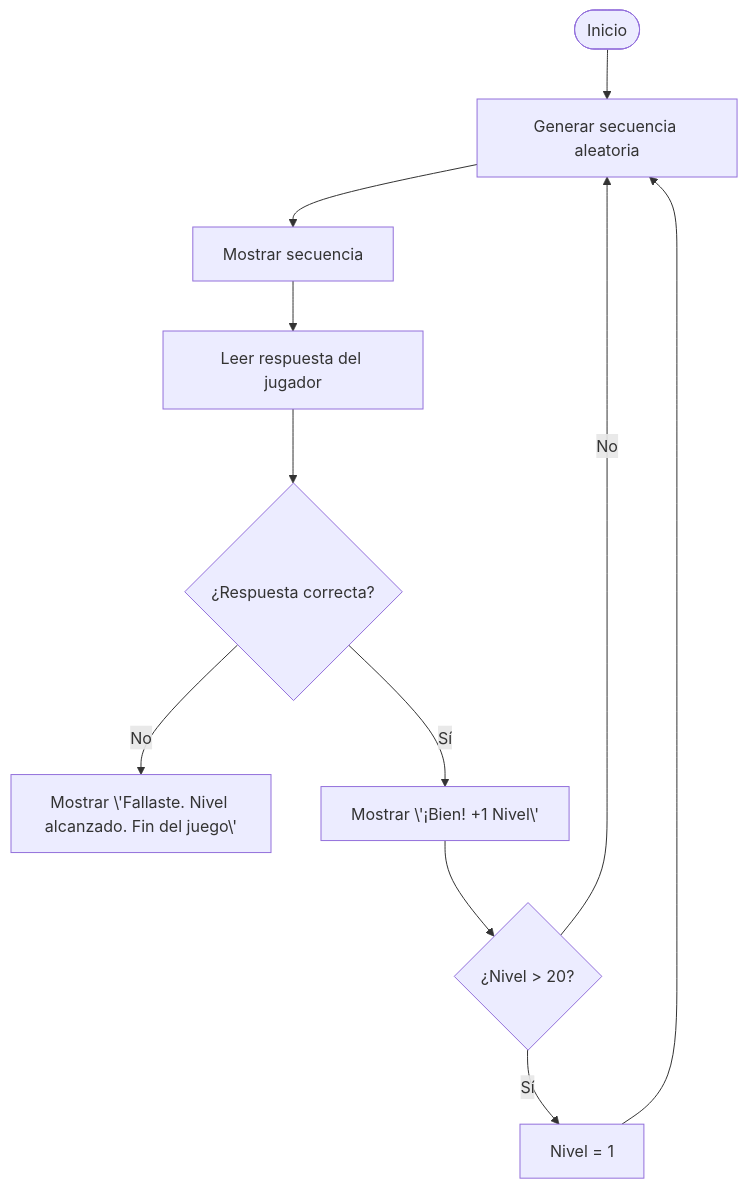
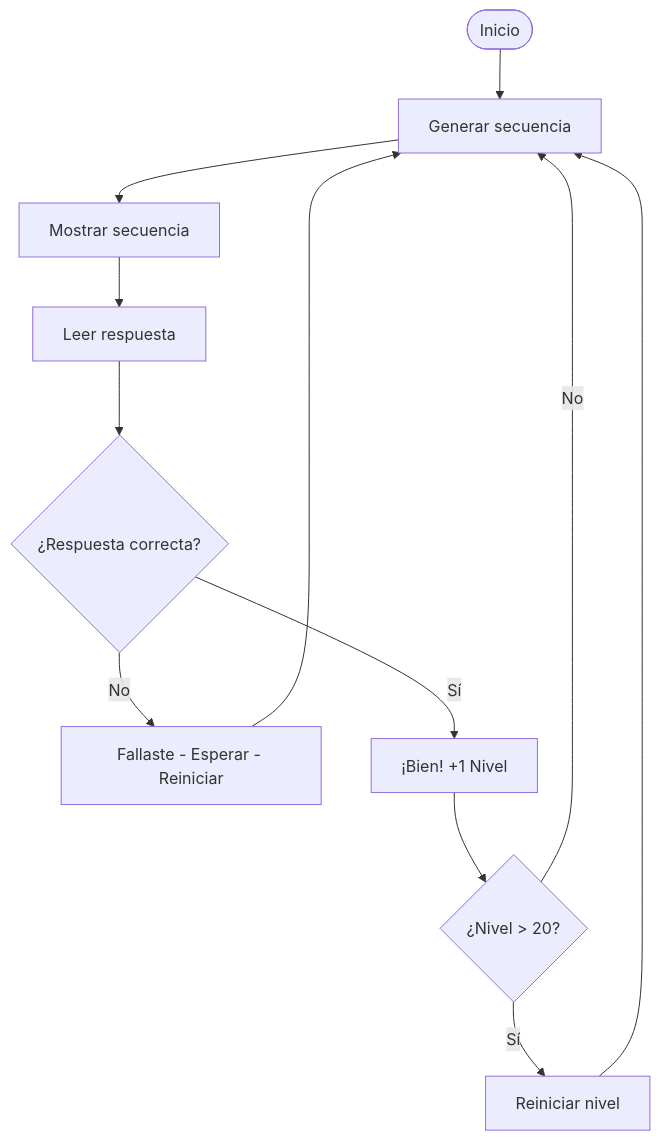
The diagram in readme.md (yusshu/memoria_dual), drawn with Mermaid before and after one commit.

Commit message:
*: update flowchart to latest changes

````diff
--- a/readme.md
+++ b/readme.md
@@ -5,23 +5,20 @@
 ```mermaid
 graph TD
     Start([Inicio])
-    Gen[Generar secuencia aleatoria]
+    Gen[Generar secuencia]
     Show[Mostrar secuencia]
-    Input[Leer respuesta del jugador]
+    Input[Leer respuesta]
     Correct{¿Respuesta correcta?}
-    Fail[Mostrar \'Fallaste. Nivel alcanzado. Fin del juego\']
-    Win[Mostrar \'¡Bien! +1 Nivel\']
+    Fail[Fallaste - Esperar - Reiniciar]
+    Win[¡Bien! +1 Nivel]
     Max{¿Nivel > 20?}
-    Reset[Nivel = 1]
-    
+    Reset[Reiniciar nivel]
+
     Start --> Gen
-    Gen --> Show
-    Show --> Input
-    Input --> Correct
+    Gen --> Show --> Input --> Correct
 
-    Correct -- No --> Fail
-    Correct -- Sí --> Win
-    Win --> Max
+    Correct -- No --> Fail --> Gen
+    Correct -- Sí --> Win --> Max
     Max -- Sí --> Reset --> Gen
     Max -- No --> Gen
 ```
````
